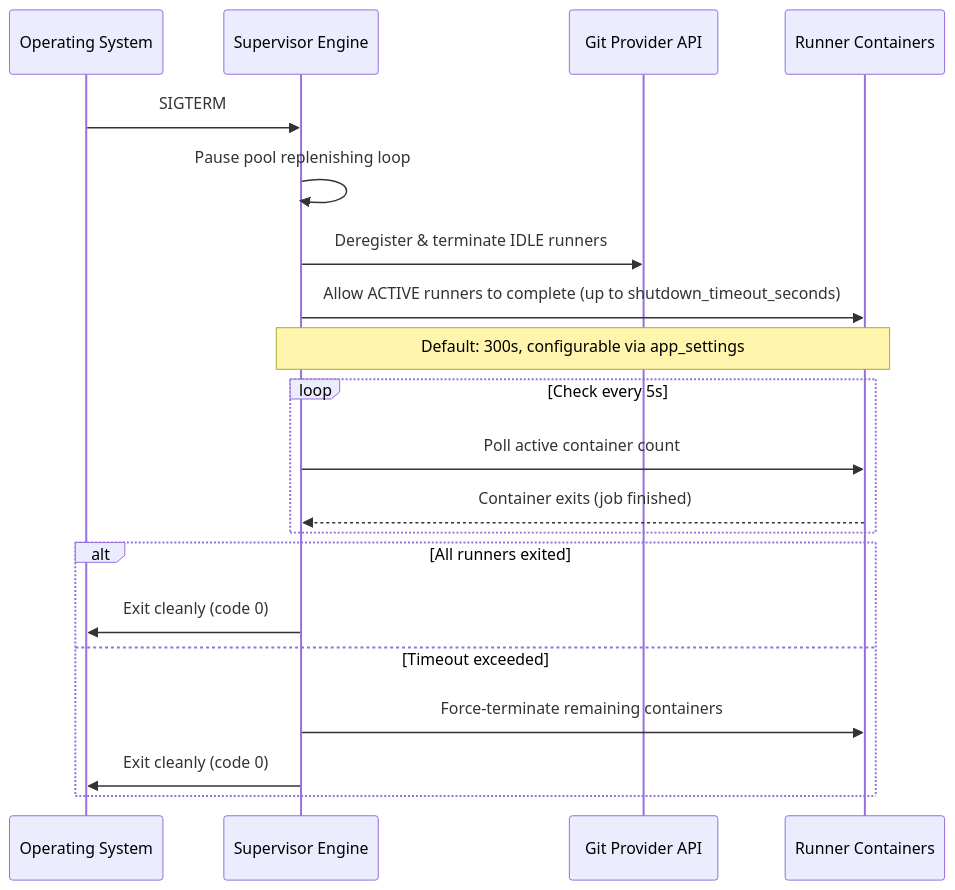
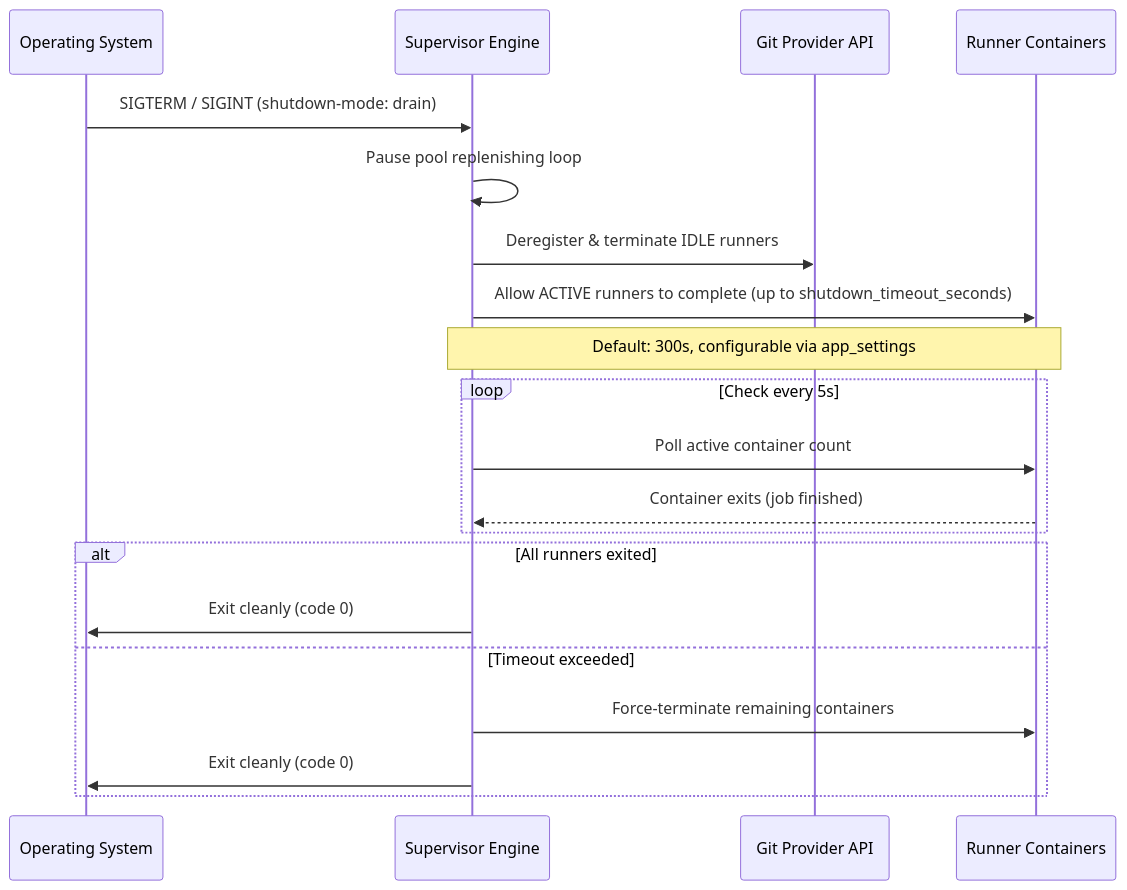
Before and after one commit to noosxe/runnero: the second of 2 diagrams in docs/03-lifecycle-and-orchestration.md, drawn with Mermaid. The commit also changed other lines of this file and 22 other files, not shown here.

````diff
--- a/docs/03-lifecycle-and-orchestration.md
+++ b/docs/03-lifecycle-and-orchestration.md
@@ -178,23 +267,23 @@
 ```mermaid
 sequenceDiagram
     participant OS as Operating System
     participant SV as Supervisor Engine
     participant GP as Git Provider API
     participant RC as Runner Containers
-    
-    OS->>SV: SIGTERM
+
+    OS->>SV: SIGTERM / SIGINT (shutdown-mode: drain)
     SV->>SV: Pause pool replenishing loop
     SV->>GP: Deregister & terminate IDLE runners
     SV->>RC: Allow ACTIVE runners to complete (up to shutdown_timeout_seconds)
     Note over SV,RC: Default: 300s, configurable via app_settings
     loop Check every 5s
         SV->>RC: Poll active container count
         RC-->>SV: Container exits (job finished)
     end
     alt All runners exited
         SV->>OS: Exit cleanly (code 0)
     else Timeout exceeded
         SV->>RC: Force-terminate remaining containers
         SV->>OS: Exit cleanly (code 0)
     end
 ```
````
